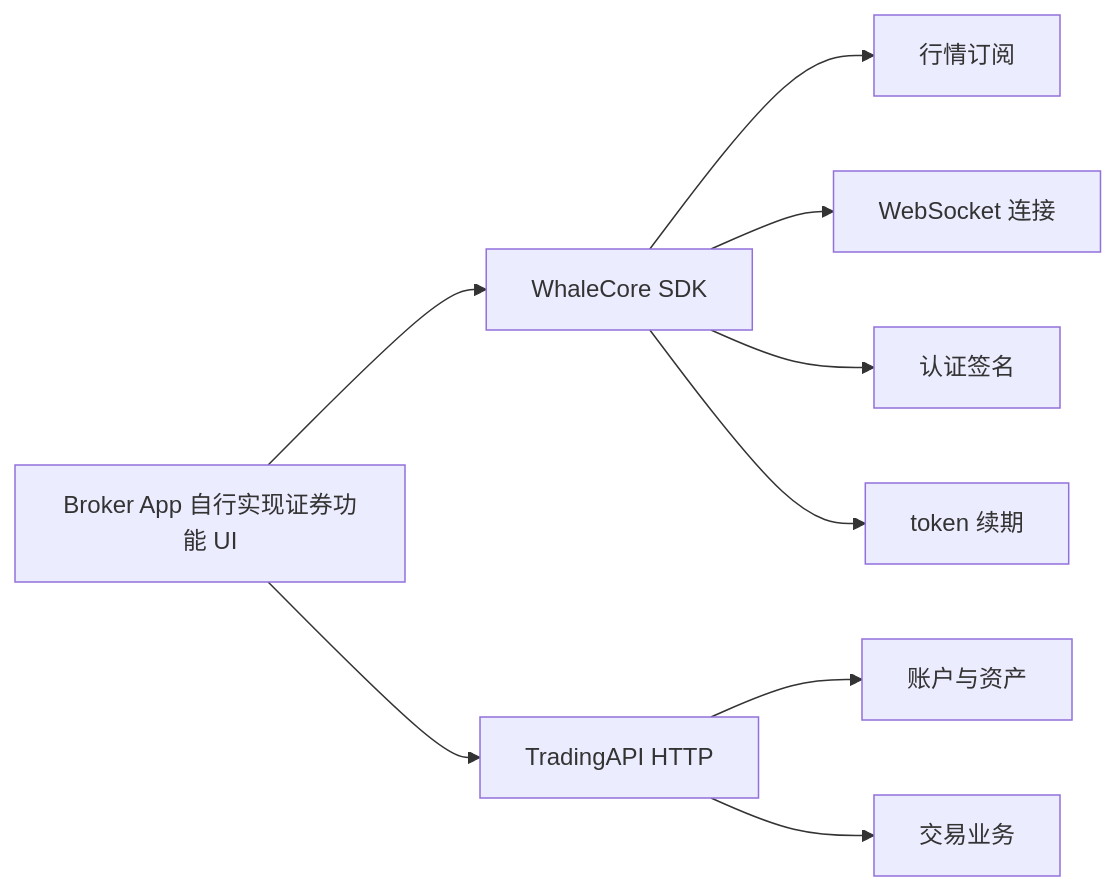
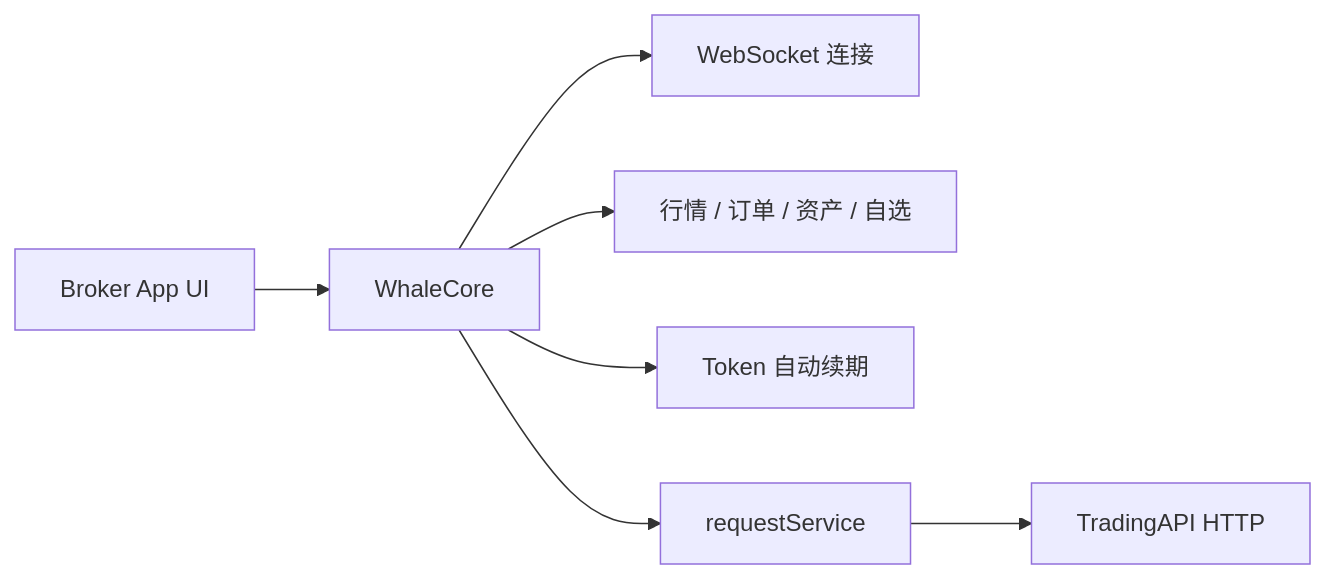
Before and after one commit to longbridge/whale-docs: the diagram in docs/zh-CN/trading-api/overview.mdx, drawn with Mermaid. The commit also changed other lines of this file and 58 other files, not shown here.

First line of the commit message:
docs: clarify TradingAPI runs through WhaleCore, rename WhaleCoreSDK to WhaleCore, and sync SDK/TradingAPI updates (#70)

````diff
--- a/docs/zh-CN/trading-api/overview.mdx
+++ b/docs/zh-CN/trading-api/overview.mdx
@@ -13,11 +17,9 @@
 ```mermaid
 flowchart LR
-    A[Broker App 自行实现证券功能 UI] --> B[WhaleCore SDK]
-    A --> C[TradingAPI HTTP]
-    B --> D[行情订阅]
-    B --> E[WebSocket 连接]
-    B --> F[认证签名]
-    B --> G[token 续期]
-    C --> H[账户与资产]
-    C --> I[交易业务]
+    A[Broker App UI] --> B[WhaleCore]
+    B --> C[WebSocket 连接]
+    B --> D[行情 / 订单 / 资产 / 自选]
+    B --> E[Token 自动续期]
+    B --> F[requestService]
+    F --> G[TradingAPI HTTP]
 ```
````
